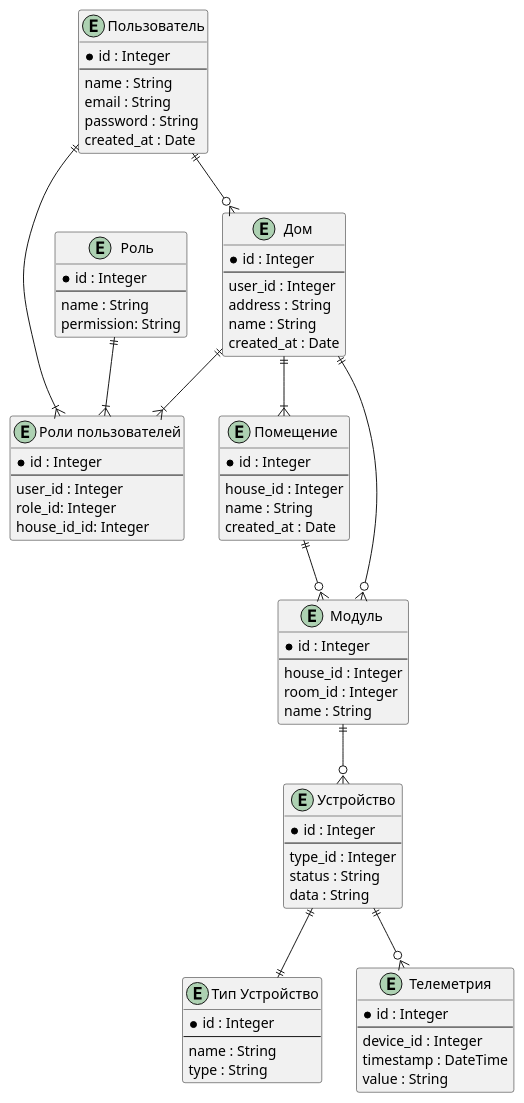
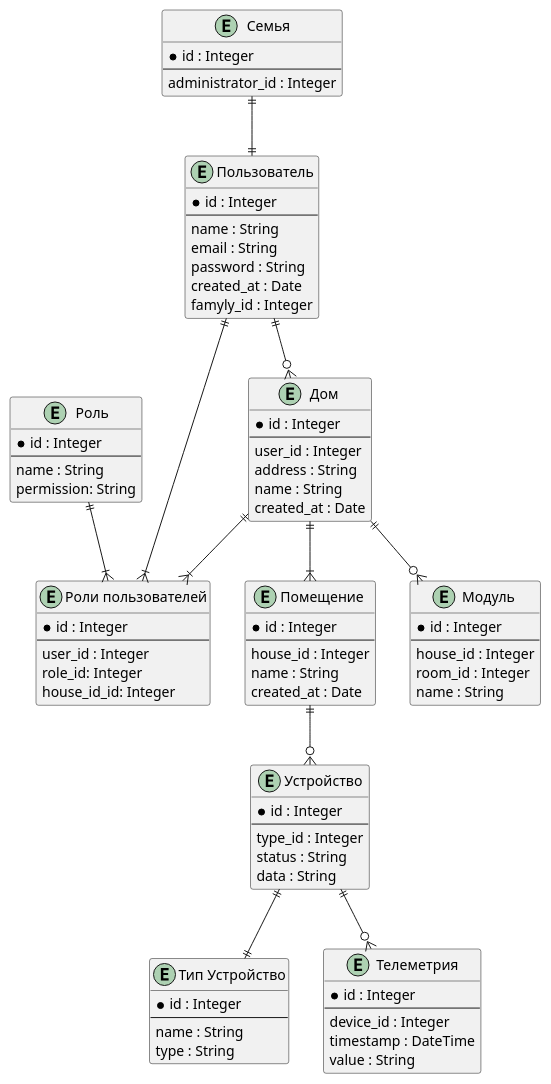
The diagram in diagrams/er1.puml (VZMDeadAngel/architecture-sprint-3), drawn with PlantUML before and after one commit. The commit also changed 15 other files, not shown here.

```diff
--- a/diagrams/er1.puml
+++ b/diagrams/er1.puml
@@ -1,88 +1,96 @@
 @startuml
 
 entity "Пользователь" as User {
     * id : Integer
     --
     name : String
     email : String
     password : String
     created_at : Date
+    famyly_id : Integer
+}
+
+entity "Семья" as Family {
+    * id : Integer
+    --
+    administrator_id : Integer
 }
 
 entity "Роли пользователей" as UserRole {
     * id : Integer
     --
     user_id : Integer
     role_id: Integer
     house_id_id: Integer
 }
 
 entity "Роль" as Role {
     * id : Integer
     --
     name : String
     permission: String
 }
 
 entity "Дом " as House {
     * id : Integer
     --
     user_id : Integer
     address : String
     name : String
     created_at : Date
 }
 
 entity "Помещение " as Room {
     * id : Integer
     --
     house_id : Integer
     name : String
     created_at : Date
 }
 
 entity "Модуль " as Module {
     * id : Integer
     --
     house_id : Integer
     room_id : Integer
     name : String
 }
 
 entity "Устройство" as Device {
     * id : Integer
     --
     type_id : Integer
     status : String
     data : String
 }
 
 entity "Тип Устройство" as DeviceType {
     * id : Integer
     --
     name : String
     type : String
 }
 
 entity "Телеметрия" as TelemetryData {
     * id : Integer
     --
     device_id : Integer
     timestamp : DateTime
     value : String
 }
 
-User ||--|{UserRole
+User ||--|{ UserRole
 Role ||--|{ UserRole
-House ||--|{UserRole
-House ||--|{Room
+House ||--|{ UserRole
+House ||--|{ Room
+
+Family ||--|| User
 
 User ||--o{ House
 House ||--o{ Module
-Room ||--o{ Module
 
-Module ||--o{ Device
+Room ||--o{ Device
 Device ||--|| DeviceType
 Device ||--o{ TelemetryData
 
 @enduml
```
